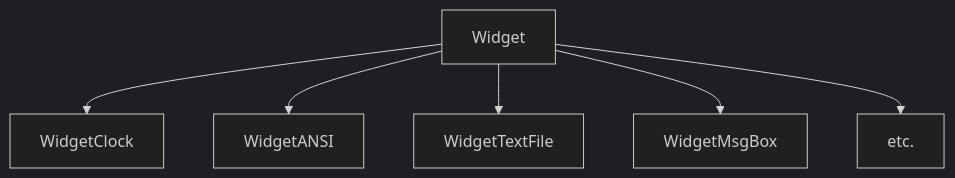
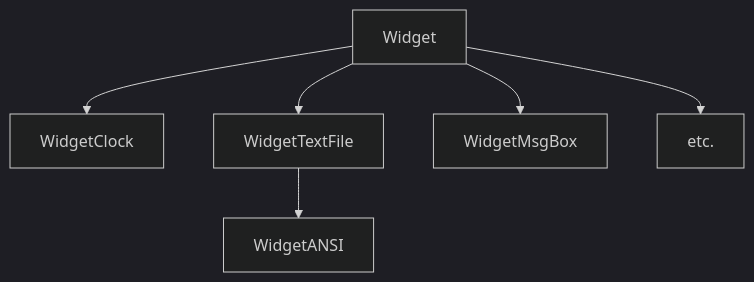
The first of 3 diagrams in README.md (darokin/term-temple), drawn with Mermaid (dark theme) before and after one commit. The commit also changed other lines of this file and 14 other files, not shown here.

````diff
--- a/README.md
+++ b/README.md
@@ -34,8 +37,8 @@
 ```mermaid
 flowchart TB
     Widget-->WidgetClock;
-    Widget-->WidgetANSI;
     Widget-->WidgetTextFile;
+    WidgetTextFile-->WidgetANSI;
     Widget-->WidgetMsgBox;
     Widget-->etc.;
 ```
````
